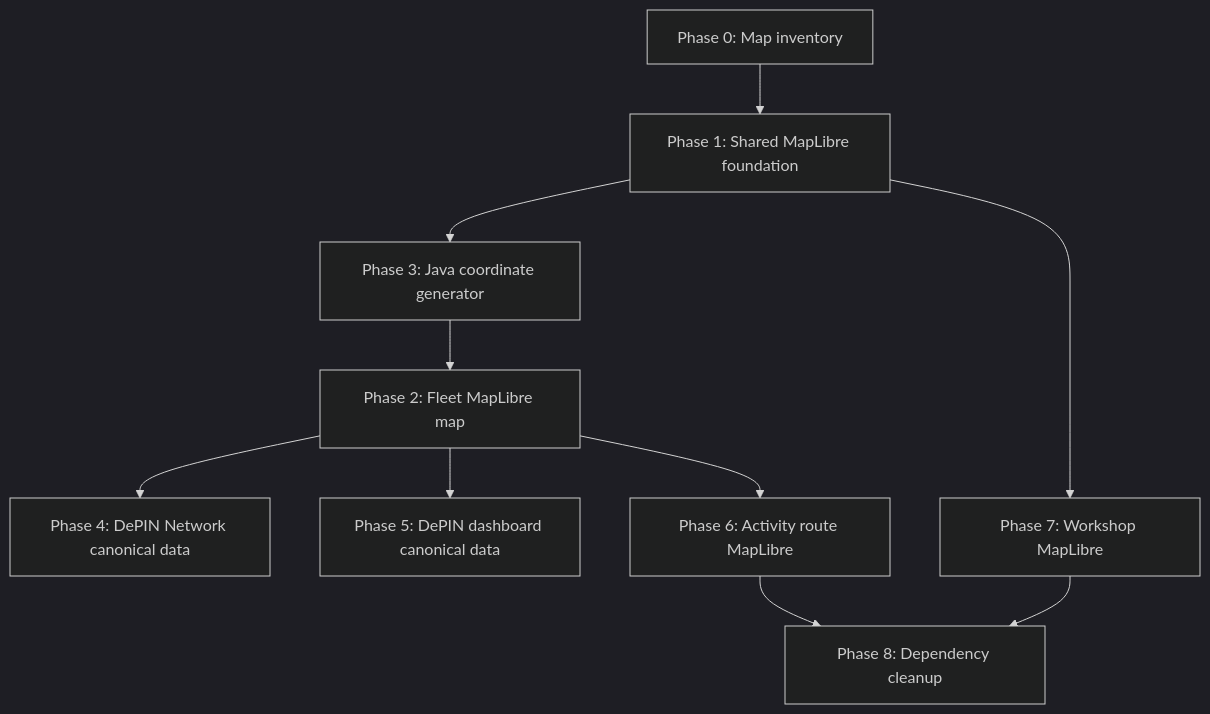
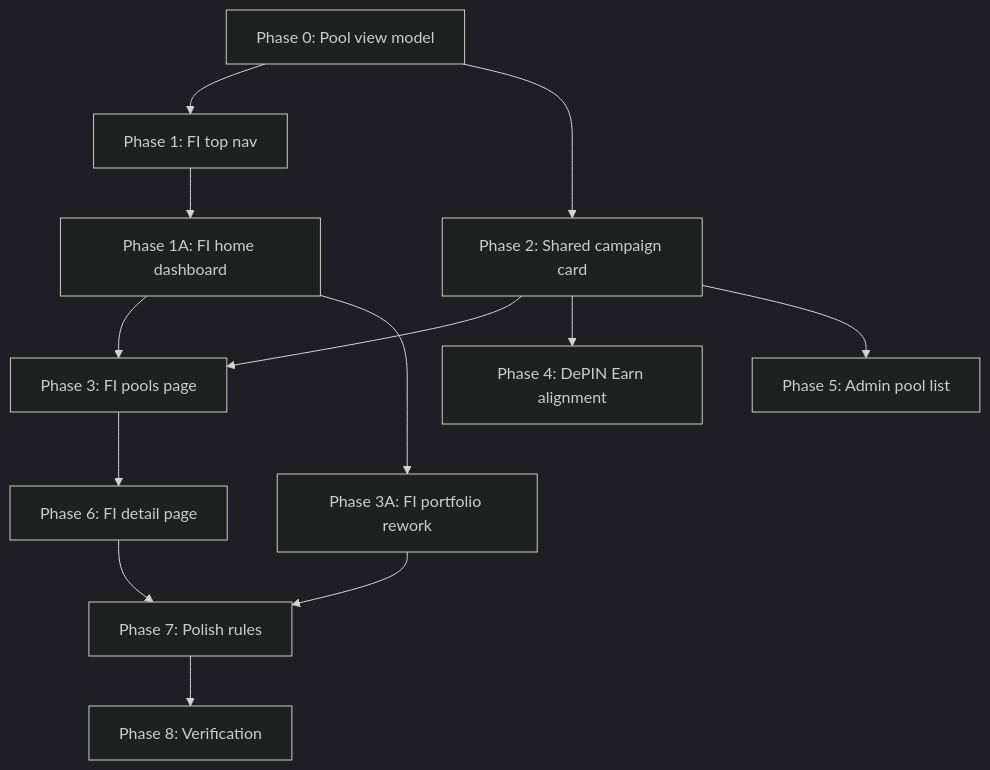
One commit to RioSudrajat/Nemesis-Protocol changed the diagram in docs/implementation_plan.md. Above: the diagram before and after it, drawn with Mermaid (dark theme). The commit also changed other lines of this file and 40 other files, not shown here.

````diff
--- a/docs/implementation_plan.md
+++ b/docs/implementation_plan.md
@@ -429,12 +660,15 @@
 ```mermaid
 graph TD
-  P0["Phase 0: Map inventory"] --> P1["Phase 1: Shared MapLibre foundation"]
-  P1 --> P3["Phase 3: Java coordinate generator"]
-  P3 --> P2["Phase 2: Fleet MapLibre map"]
-  P2 --> P4["Phase 4: DePIN Network canonical data"]
-  P2 --> P5["Phase 5: DePIN dashboard canonical data"]
-  P2 --> P6["Phase 6: Activity route MapLibre"]
-  P1 --> P7["Phase 7: Workshop MapLibre"]
-  P6 --> P8["Phase 8: Dependency cleanup"]
-  P7 --> P8
+  P0["Phase 0: Pool view model"] --> P1["Phase 1: FI top nav"]
+  P1 --> P1A["Phase 1A: FI home dashboard"]
+  P0 --> P2["Phase 2: Shared campaign card"]
+  P1A --> P3["Phase 3: FI pools page"]
+  P2 --> P3
+  P1A --> P3A["Phase 3A: FI portfolio rework"]
+  P2 --> P4["Phase 4: DePIN Earn alignment"]
+  P2 --> P5["Phase 5: Admin pool list"]
+  P3 --> P6["Phase 6: FI detail page"]
+  P3A --> P7["Phase 7: Polish rules"]
+  P6 --> P7["Phase 7: Polish rules"]
+  P7 --> P8["Phase 8: Verification"]
 ```
````
